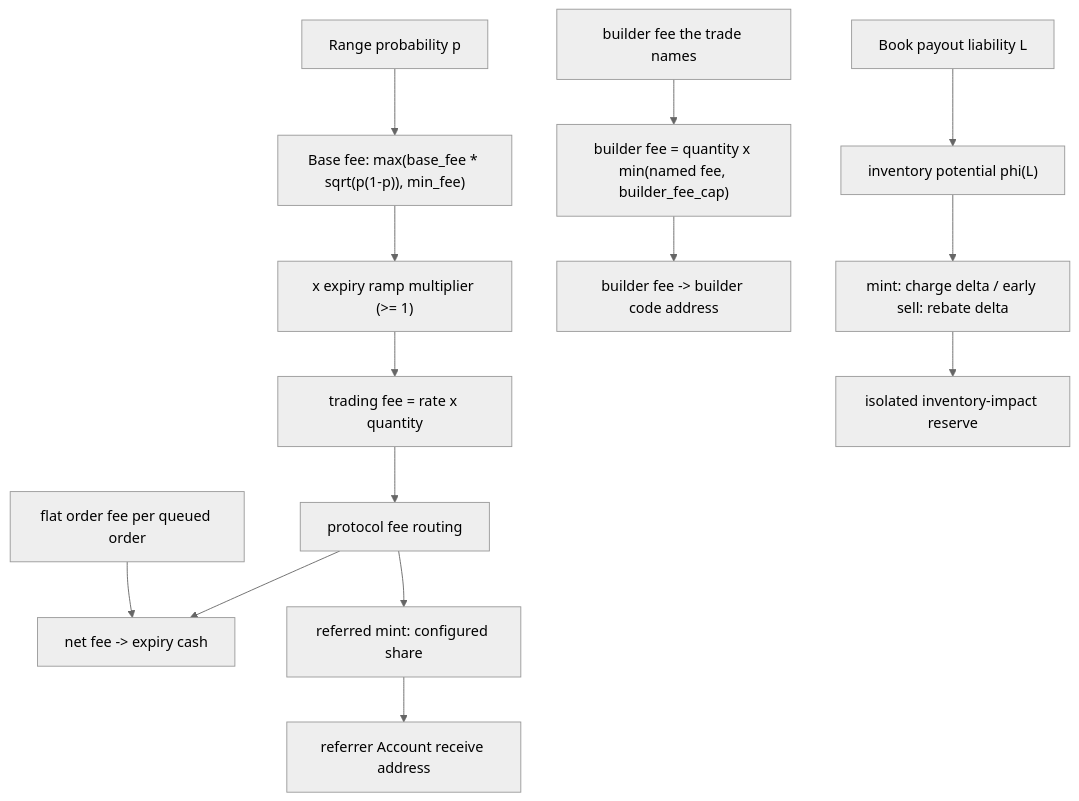
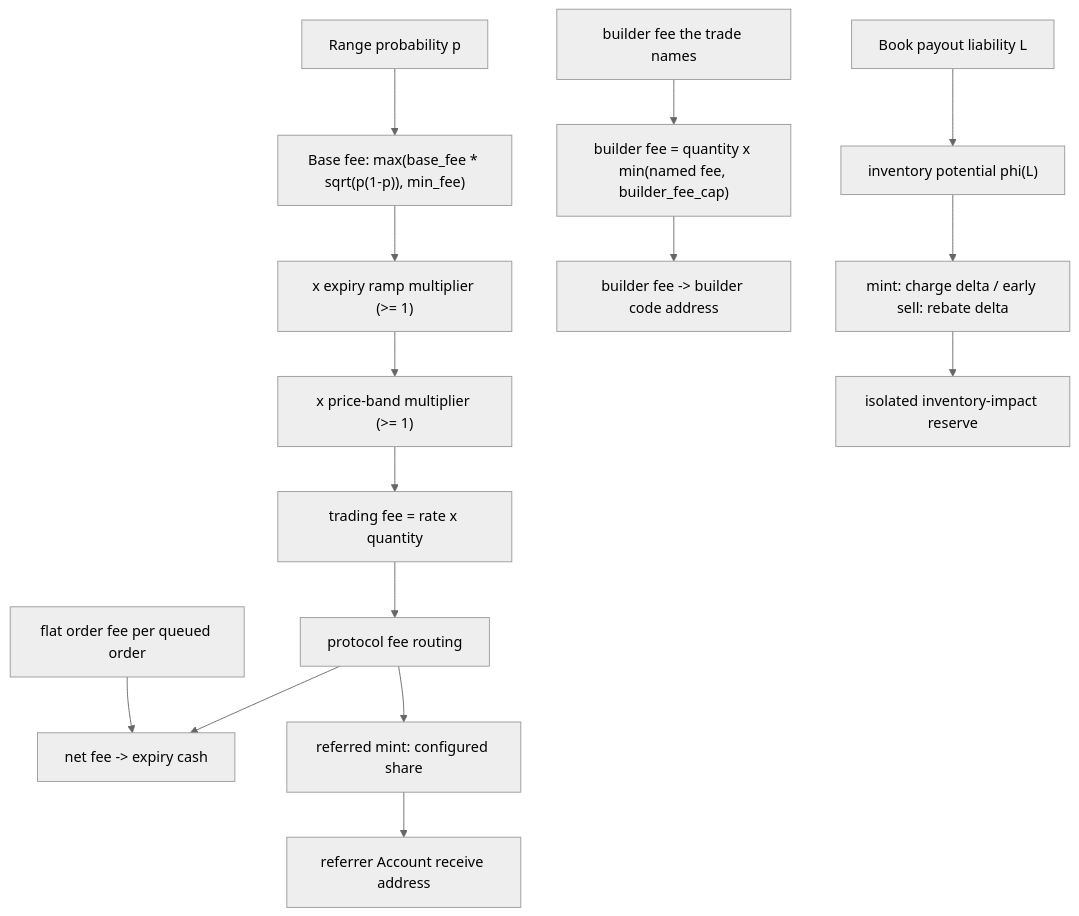
One commit to MystenLabs/deepbookv3 changed the diagram in packages/predict/docs/concepts/fees-and-rebates.md. Above: the diagram before and after it, drawn with Mermaid (neutral theme). The commit also changed other lines of this file and 50 other files, not shown here.

First line of the commit message:
predict: charge a multiple of the trading fee in admin-set price bands (#1424)

````diff
--- a/packages/predict/docs/concepts/fees-and-rebates.md
+++ b/packages/predict/docs/concepts/fees-and-rebates.md
@@ -193,16 +209,17 @@
 ```mermaid
 flowchart TD
     P[Range probability p] --> BF["Base fee: max(base_fee * sqrt(p(1-p)), min_fee)"]
     BF --> RAMP["x expiry ramp multiplier (>= 1)"]
-    RAMP --> FEE[trading fee = rate x quantity]
+    RAMP --> BAND["x price-band multiplier (>= 1)"]
+    BAND --> FEE[trading fee = rate x quantity]
     NAMED[builder fee the trade names] --> BUILD["builder fee = quantity x min(named fee, builder_fee_cap)"]
     BUILD --> BUILDER[builder fee -> builder code address]
     FEE --> ROUTE[protocol fee routing]
     ROUTE --> COLLECT[net fee -> expiry cash]
     ORDERFEE[flat order fee per queued order] --> COLLECT
     ROUTE --> REF[referred mint: configured share]
     REF --> RACCOUNT[referrer Account receive address]
     L[Book payout liability L] --> PHI["inventory potential phi(L)"]
     PHI --> IMPACT["mint: charge delta / early sell: rebate delta"]
     IMPACT --> IRESERVE[isolated inventory-impact reserve]
 ```
````
